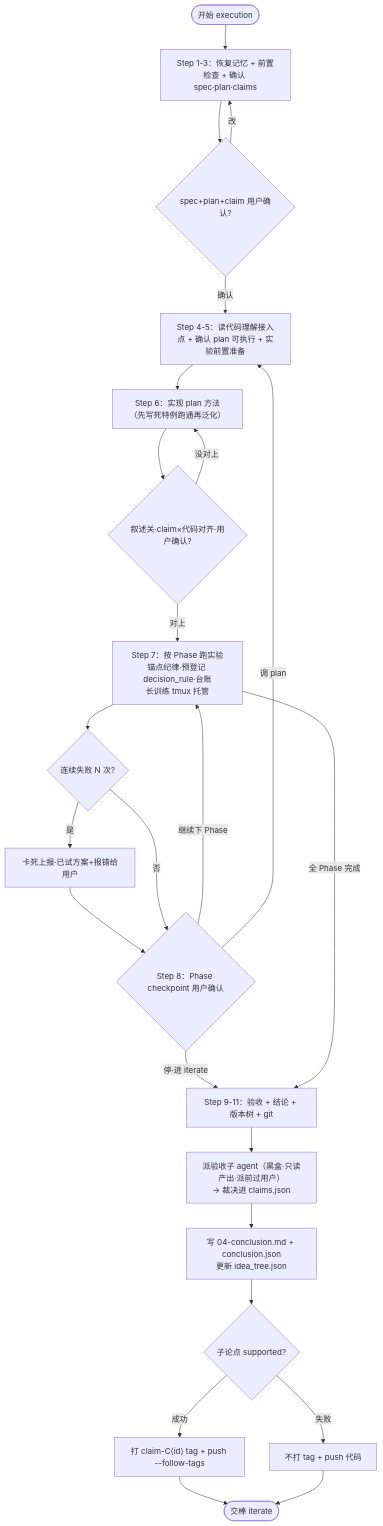
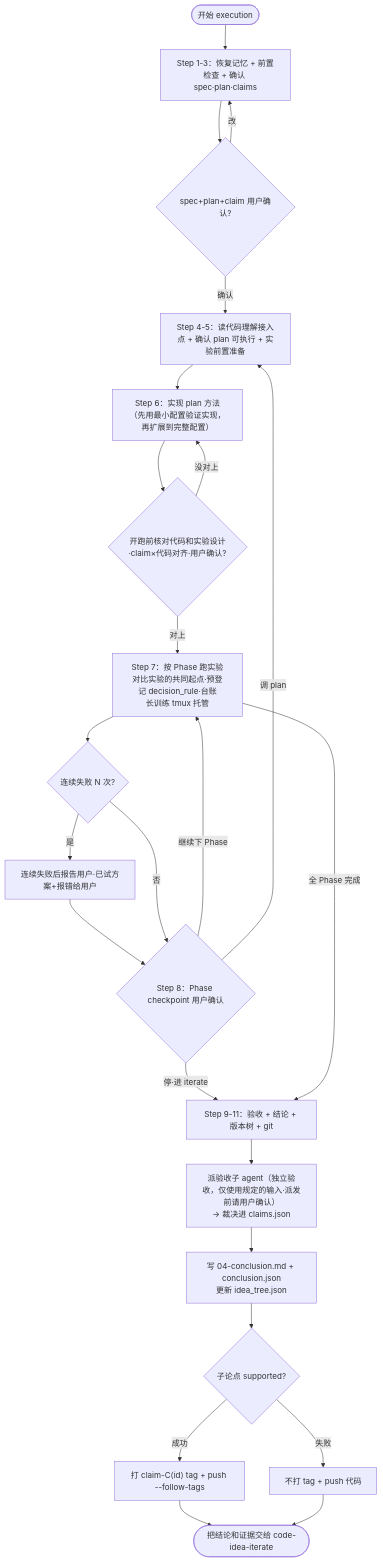
The second of 2 diagrams in plugins/dl-assistant/skills/code-idea-execution/SKILL.md (jackwang0108/dl-assistant), drawn with Mermaid before and after one commit. The commit also changed other lines of this file and 143 other files, not shown here.

````diff
--- a/plugins/dl-assistant/skills/code-idea-execution/SKILL.md
+++ b/plugins/dl-assistant/skills/code-idea-execution/SKILL.md
@@ -160,26 +160,26 @@
 ```mermaid
 flowchart TD
     START(["开始 execution"]) --> P0["Step 1-3：恢复记忆 + 前置检查 + 确认 spec·plan·claims"]
     P0 --> G0{spec+plan+claim 用户确认?}
     G0 -->|改| P0
     G0 -->|确认| P1["Step 4-5：读代码理解接入点 + 确认 plan 可执行 + 实验前置准备"]
-    P1 --> P2["Step 6：实现 plan 方法（先写死特例跑通再泛化）"]
-    P2 --> G2{叙述关·claim×代码对齐·用户确认?}
+    P1 --> P2["Step 6：实现 plan 方法（先用最小配置验证实现，再扩展到完整配置）"]
+    P2 --> G2{开跑前核对代码和实验设计·claim×代码对齐·用户确认?}
     G2 -->|没对上| P2
-    G2 -->|对上| RUN["Step 7：按 Phase 跑实验<br/>锚点纪律·预登记 decision_rule·台账<br/>长训练 tmux 托管"]
+    G2 -->|对上| RUN["Step 7：按 Phase 跑实验<br/>对比实验的共同起点·预登记 decision_rule·台账<br/>长训练 tmux 托管"]
     RUN --> STUCK{连续失败 N 次?}
-    STUCK -->|是| UP["卡死上报·已试方案+报错给用户"]
+    STUCK -->|是| UP["连续失败后报告用户·已试方案+报错给用户"]
     UP --> G3
     STUCK -->|否| G3{"Step 8：Phase checkpoint 用户确认"}
     G3 -->|继续下 Phase| RUN
     G3 -->|调 plan| P1
     G3 -->|停·进 iterate| P3
     RUN -->|全 Phase 完成| P3["Step 9-11：验收 + 结论 + 版本树 + git"]
-    P3 --> ACCEPT["派验收子 agent（黑盒·只读产出·派前过用户）<br/>→ 裁决进 claims.json"]
+    P3 --> ACCEPT["派验收子 agent（独立验收，仅使用规定的输入·派发前请用户确认）<br/>→ 裁决进 claims.json"]
     ACCEPT --> CONC["写 04-conclusion.md + conclusion.json<br/>更新 idea_tree.json"]
     CONC --> TAG{子论点 supported?}
     TAG -->|成功| GT["打 claim-C⟨id⟩ tag + push --follow-tags"]
     TAG -->|失败| NT["不打 tag + push 代码"]
-    GT --> DONE(["交棒 iterate"])
+    GT --> DONE(["把结论和证据交给 code-idea-iterate"])
     NT --> DONE
 ```
````
